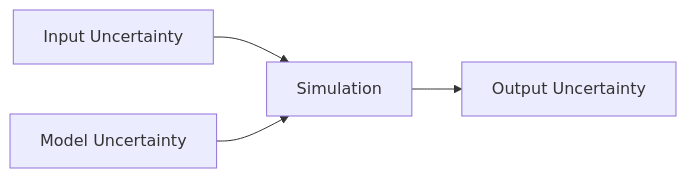
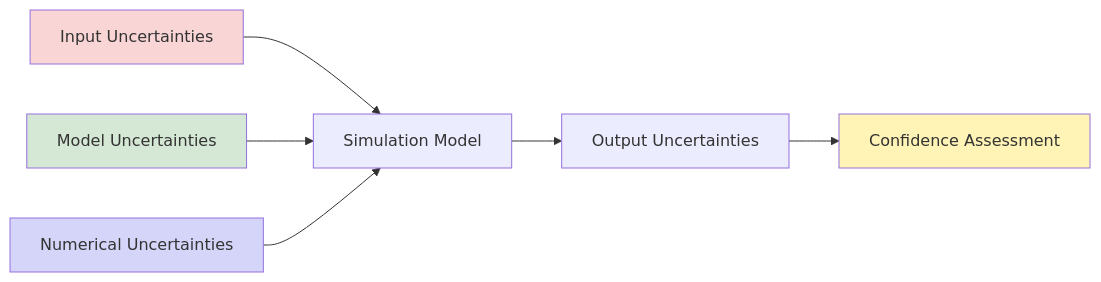
The first of 3 diagrams in MODULE_04_MULTIPHASE_FUNDAMENTALS/CONTENT/07_VALIDATION/04_Uncertainty_Quantification.md (wramet/build-my-cfd), drawn with Mermaid before and after one commit. The commit also changed other lines of this file and 75 other files, not shown here.

````diff
--- a/MODULE_04_MULTIPHASE_FUNDAMENTALS/CONTENT/07_VALIDATION/04_Uncertainty_Quantification.md
+++ b/MODULE_04_MULTIPHASE_FUNDAMENTALS/CONTENT/07_VALIDATION/04_Uncertainty_Quantification.md
@@ -11,6 +37,13 @@
 ```mermaid
 flowchart LR
-    A[Input Uncertainty] --> B[Simulation]
-    B --> C[Output Uncertainty]
-    D[Model Uncertainty] --> B
+    A[Input Uncertainties] --> B[Simulation Model]
+    C[Model Uncertainties] --> B
+    D[Numerical Uncertainties] --> B
+    B --> E[Output Uncertainties]
+    E --> F[Confidence Assessment]
+    
+    style A fill:#f9d5d5
+    style C fill:#d5e8d5
+    style D fill:#d5d5f9
+    style F fill:#fff4b5
 ```
````
